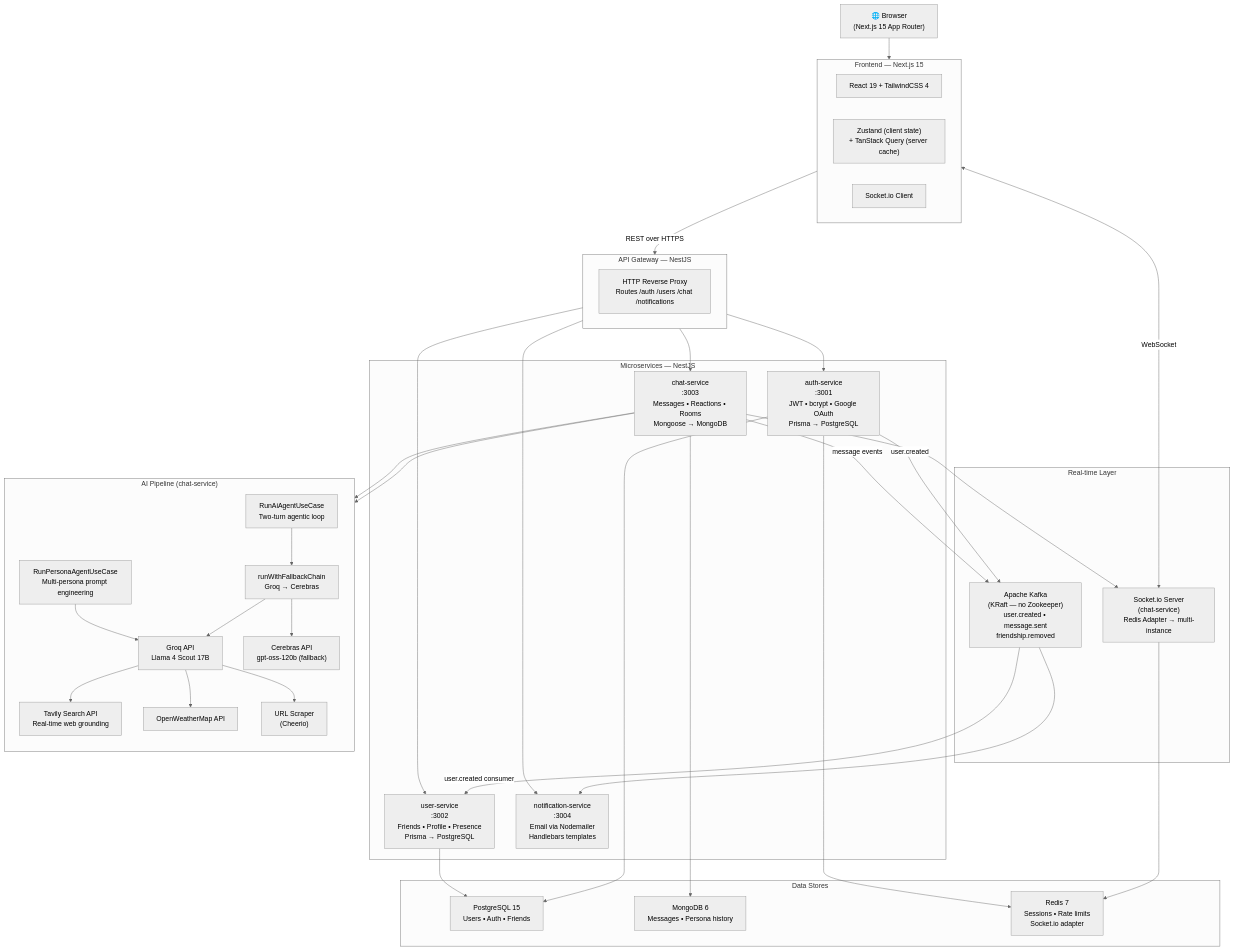
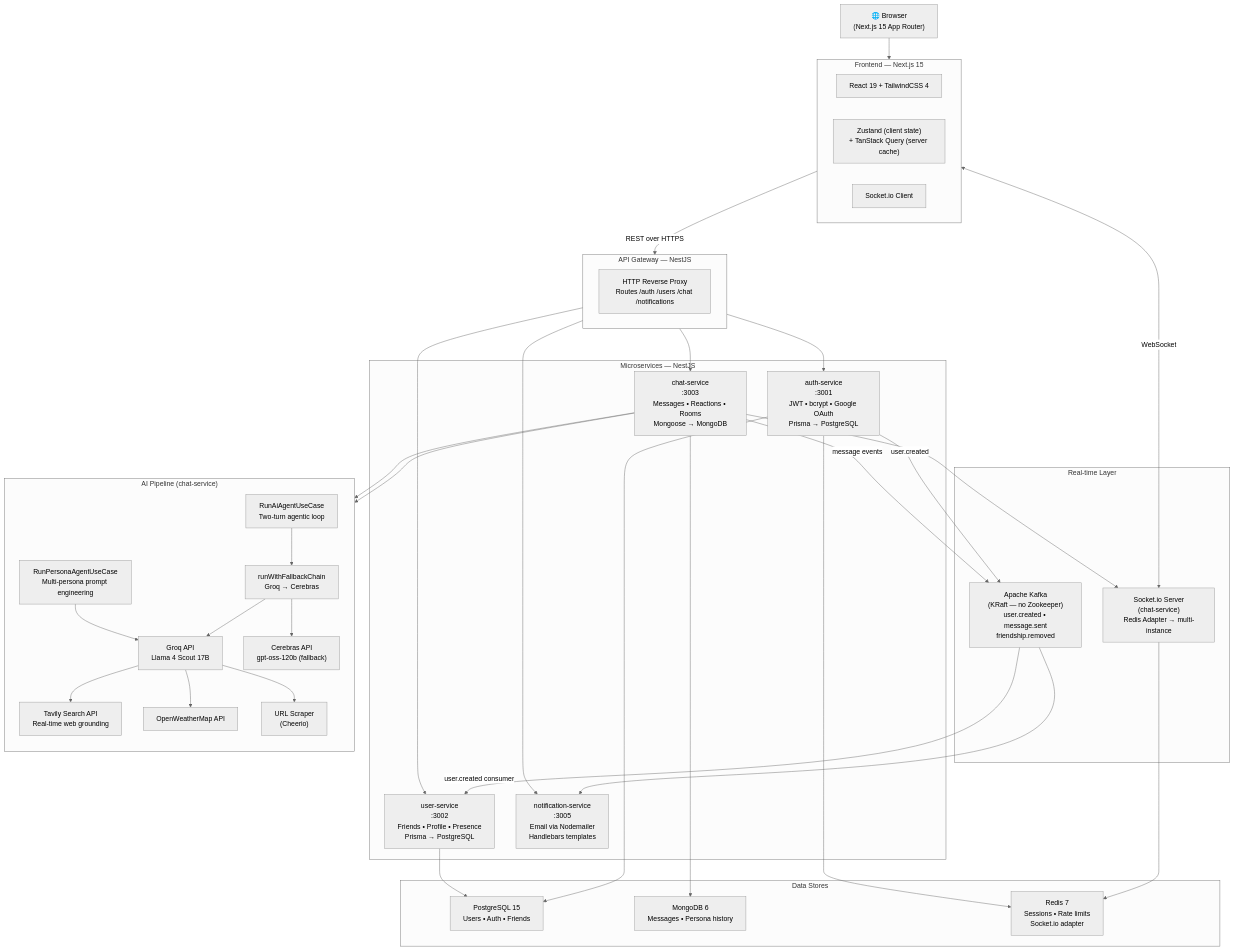
The diagram in README.md (Deepanshu-Raghuwanshi/Voxly), drawn with Mermaid (neutral theme) before and after one commit. The commit also changed other lines of this file, not shown here.

````diff
--- a/README.md
+++ b/README.md
@@ -110,72 +111,72 @@
 ```mermaid
 graph TD
     Browser["🌐 Browser\n(Next.js 15 App Router)"]
 
     subgraph Frontend["Frontend — Next.js 15"]
         direction LR
         ReactUI["React 19 + TailwindCSS 4"]
         ZustandQ["Zustand (client state)\n+ TanStack Query (server cache)"]
         SocketClient["Socket.io Client"]
     end
 
     subgraph Gateway["API Gateway — NestJS"]
         GW["HTTP Reverse Proxy\nRoutes /auth /users /chat /notifications"]
     end
 
     subgraph Services["Microservices — NestJS"]
         AuthSvc["auth-service\n:3001\nJWT • bcrypt • Google OAuth\nPrisma → PostgreSQL"]
         UserSvc["user-service\n:3002\nFriends • Profile • Presence\nPrisma → PostgreSQL"]
         ChatSvc["chat-service\n:3003\nMessages • Reactions • Rooms\nMongoose → MongoDB"]
-        NotifSvc["notification-service\n:3004\nEmail via Nodemailer\nHandlebars templates"]
+        NotifSvc["notification-service\n:3005\nEmail via Nodemailer\nHandlebars templates"]
     end
 
     subgraph RealtimeLayer["Real-time Layer"]
         SocketServer["Socket.io Server\n(chat-service)\nRedis Adapter → multi-instance"]
         KafkaBus["Apache Kafka\n(KRaft — no Zookeeper)\nuser.created • message.sent\nfriendship.removed"]
     end
 
     subgraph AILayer["AI Pipeline (chat-service)"]
         direction TB
         AgentUC["RunAiAgentUseCase\nTwo-turn agentic loop"]
         PersonaUC["RunPersonaAgentUseCase\nMulti-persona prompt engineering"]
         Groq["Groq API\nLlama 4 Scout 17B"]
         Cerebras["Cerebras API\ngpt-oss-120b (fallback)"]
         Tavily["Tavily Search API\nReal-time web grounding"]
         OWM["OpenWeatherMap API"]
         Scraper["URL Scraper\n(Cheerio)"]
         FallbackChain["runWithFallbackChain\nGroq → Cerebras"]
     end
 
     subgraph DataStores["Data Stores"]
         PG["PostgreSQL 15\nUsers • Auth • Friends"]
         Mongo["MongoDB 6\nMessages • Persona history"]
         RedisDB["Redis 7\nSessions • Rate limits\nSocket.io adapter"]
     end
 
     Browser --> Frontend
     Frontend -->|REST over HTTPS| Gateway
     Frontend <-->|WebSocket| SocketServer
     Gateway --> AuthSvc
     Gateway --> UserSvc
     Gateway --> ChatSvc
     Gateway --> NotifSvc
     AuthSvc -->|user.created| KafkaBus
     KafkaBus -->|user.created consumer| UserSvc
     ChatSvc -->|message events| KafkaBus
     KafkaBus --> NotifSvc
     ChatSvc --> SocketServer
     AuthSvc --> PG
     UserSvc --> PG
     ChatSvc --> Mongo
     SocketServer --> RedisDB
     AuthSvc --> RedisDB
     ChatSvc --> AgentUC
     ChatSvc --> PersonaUC
     AgentUC --> FallbackChain
     PersonaUC --> Groq
     FallbackChain --> Groq
     FallbackChain --> Cerebras
     Groq --> Tavily
     Groq --> OWM
     Groq --> Scraper
 ```
````
